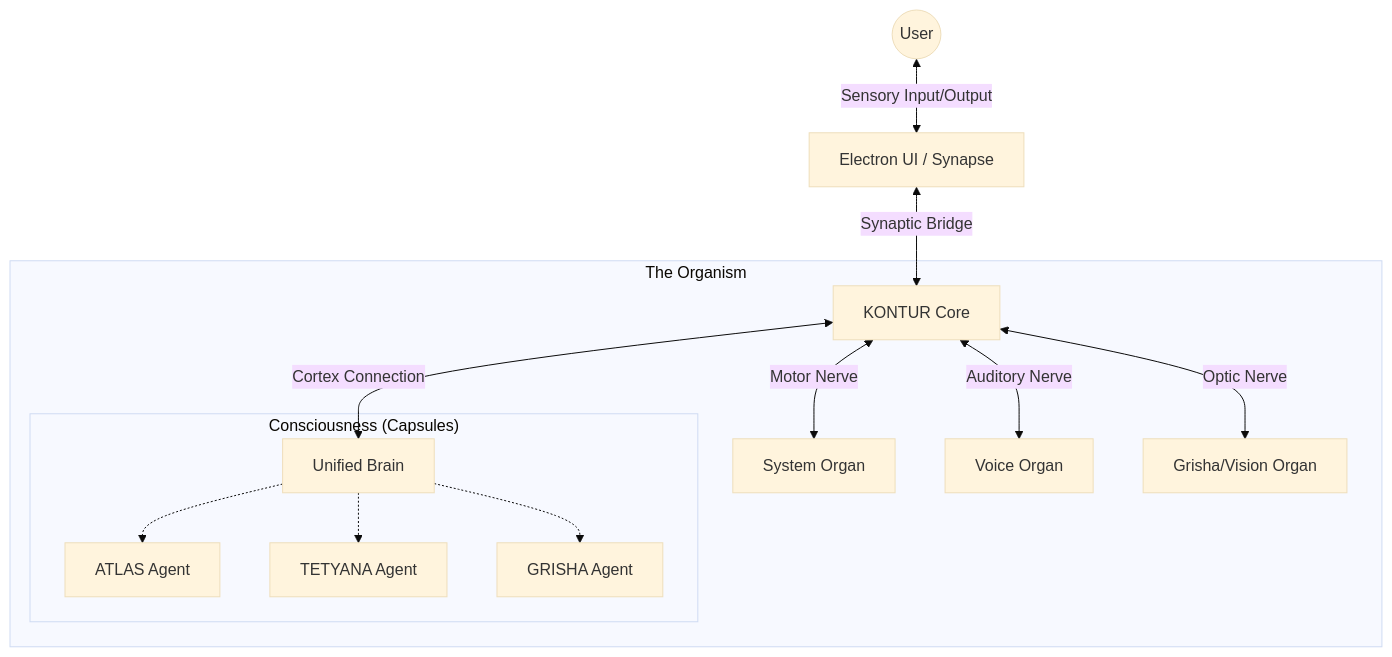
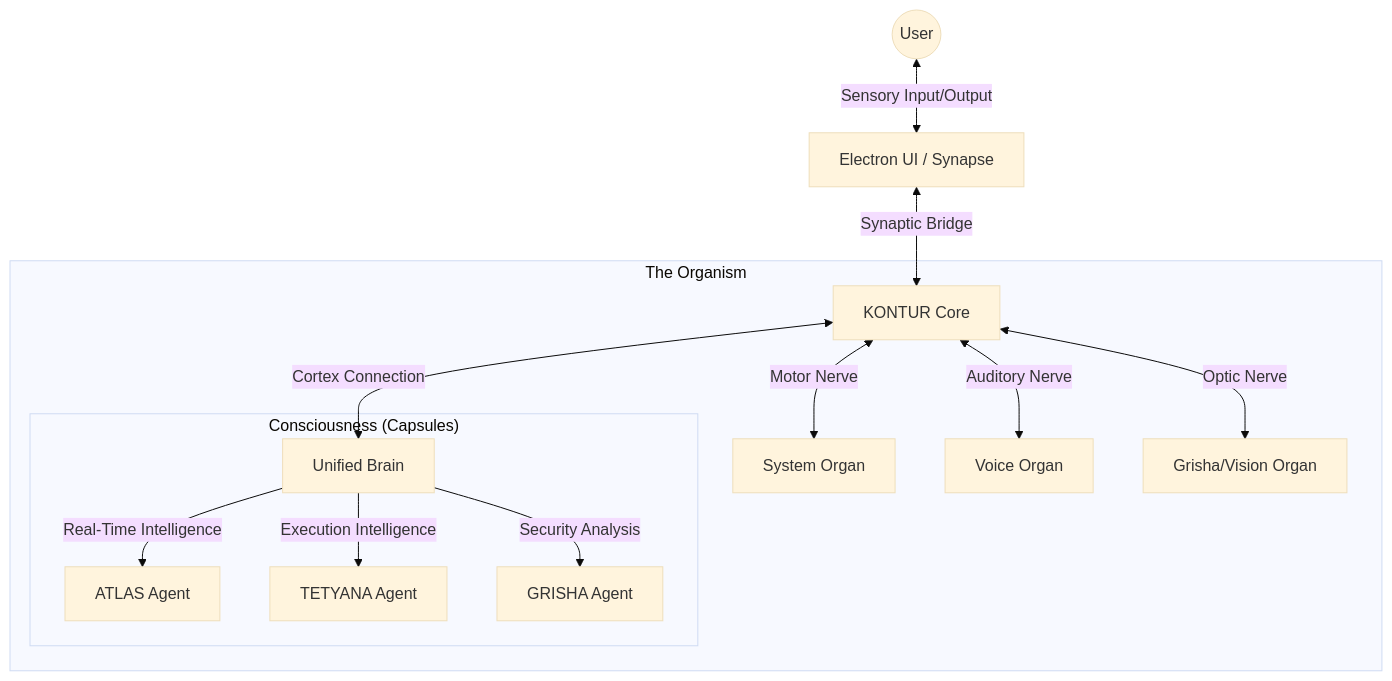
The diagram in docs/ATLAS_KONTUR_UNIFIED.md (olegkizyma008-rgb/atlas11), drawn with Mermaid (base theme) before and after one commit. The commit also changed other lines of this file and 4 other files, not shown here.

````diff
--- a/docs/ATLAS_KONTUR_UNIFIED.md
+++ b/docs/ATLAS_KONTUR_UNIFIED.md
@@ -27,19 +27,19 @@
 ```mermaid
 graph TD
     User((User)) <-->|Sensory Input/Output| UI[Electron UI / Synapse]
     UI <-->|Synaptic Bridge| Core[KONTUR Core]
     
     subgraph "The Organism"
         Core <-->|Motor Nerve| System[System Organ]
         Core <-->|Auditory Nerve| Voice[Voice Organ]
         Core <-->|Optic Nerve| Vision[Grisha/Vision Organ]
         
         Core <-->|Cortex Connection| Brain[Unified Brain]
         
         subgraph "Consciousness (Capsules)"
-            Brain -.-> Atlas[ATLAS Agent]
-            Brain -.-> Tetyana[TETYANA Agent]
-            Brain -.-> Grisha[GRISHA Agent]
+            Brain -- Real-Time Intelligence --> Atlas[ATLAS Agent]
+            Brain -- Execution Intelligence --> Tetyana[TETYANA Agent]
+            Brain -- Security Analysis --> Grisha[GRISHA Agent]
         end
     end
 ```
````
